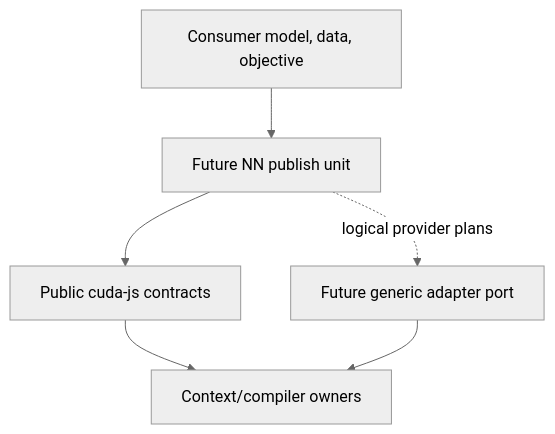
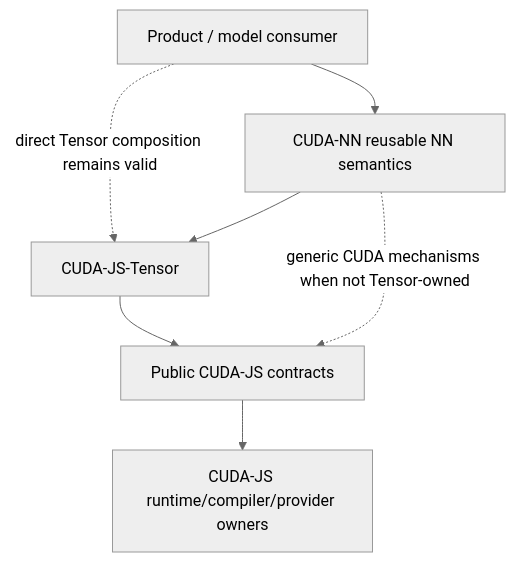
One commit to iteathen/CUDA-JS changed the diagram in docs/architecture/NN_EXTENSION_BOUNDARY.md. Above: the diagram before and after it, drawn with Mermaid (neutral theme). The commit also changed other lines of this file, not shown here.

Commit message:
docs: project independent CUDA-NN boundary

````diff
--- a/docs/architecture/NN_EXTENSION_BOUNDARY.md
+++ b/docs/architecture/NN_EXTENSION_BOUNDARY.md
@@ -13,8 +15,9 @@
 ```mermaid
 flowchart TD
-  Consumer["Consumer model, data, objective"] --> NN["Future NN publish unit"]
-  NN --> Core["Public cuda-js contracts"]
-  Core --> Owners["Context/compiler owners"]
-  NN -. "logical provider plans" .-> Adapter["Future generic adapter port"]
-  Adapter --> Owners
+  Consumer["Product / model consumer"] --> NN["CUDA-NN reusable NN semantics"]
+  Consumer -. "direct Tensor composition remains valid" .-> Tensor["CUDA-JS-Tensor"]
+  NN --> Tensor
+  Tensor --> Core["Public CUDA-JS contracts"]
+  NN -. "generic CUDA mechanisms when not Tensor-owned" .-> Core
+  Core --> Owners["CUDA-JS runtime/compiler/provider owners"]
 ```
````
